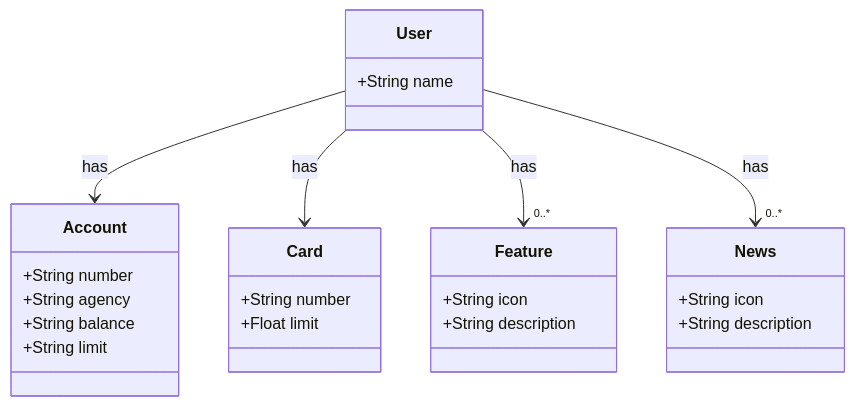
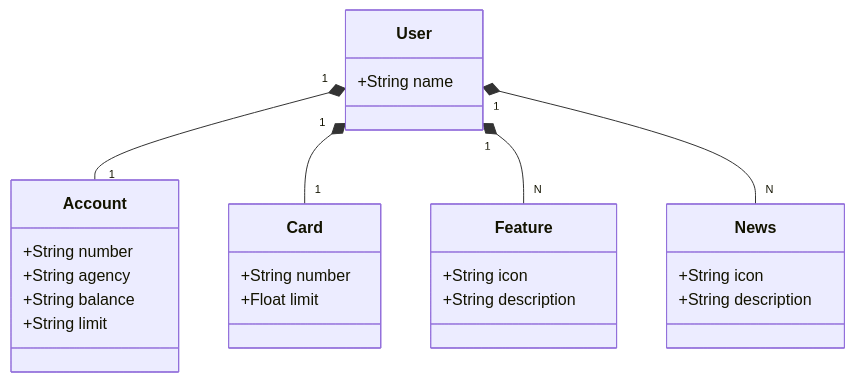
One commit to alanambrozio/santander-dev-week-2023 changed the diagram in README.md. Above: the diagram before and after it, drawn with Mermaid.

````diff
--- a/README.md
+++ b/README.md
@@ -6,33 +6,33 @@
 ```mermaid
 classDiagram
   class User {
     +String name
   }
 
   class Account {
     +String number
     +String agency
     +String balance
     +String limit
   }
 
   class Feature {
     +String icon
     +String description
   }
 
   class Card {
     +String number
     +Float limit
   }
 
   class News {
     +String icon
     +String description
   }
 
-  User --> Account : has
-  User --> Card : has
-  User --> "0..*" Feature : has
-  User --> "0..*" News : has
+  User "1" *-- "1" Account
+  User "1" *-- "1" Card
+  User "1" *-- "N" Feature
+  User "1" *-- "N" News
 ```
````
